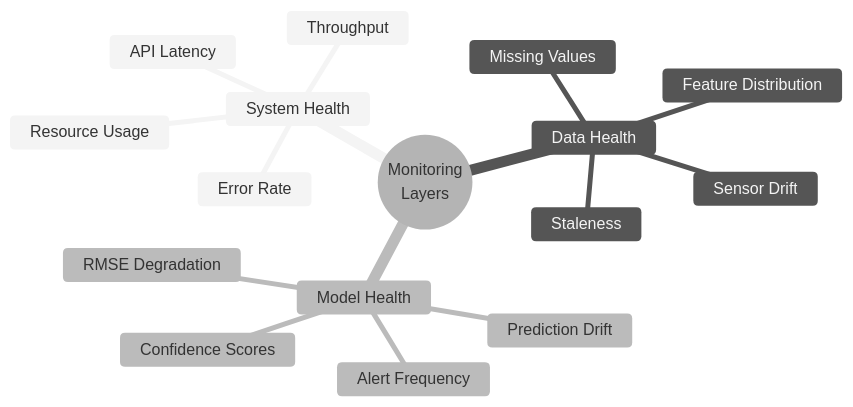
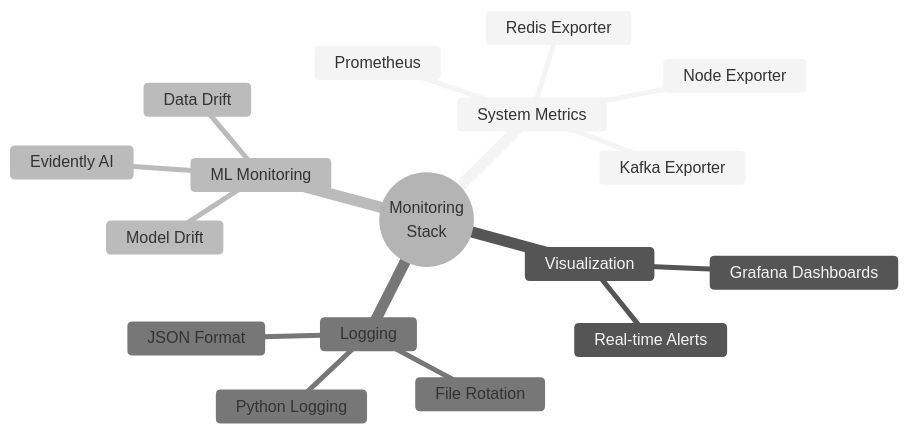
The diagram in docs/07_monitoring.md (nasim-raj-laskar/Real-Time-Aircraft-Engine-Predictive-Maintenance-System), drawn with Mermaid (neutral theme) before and after one commit. The commit also changed other lines of this file and 6 other files, not shown here.

````diff
--- a/docs/07_monitoring.md
+++ b/docs/07_monitoring.md
@@ -10,19 +12,20 @@
 ```mermaid
 mindmap
-  root((Monitoring<br/>Layers))
-    System Health
-      API Latency
-      Throughput
-      Error Rate
-      Resource Usage
-    Data Health
-      Sensor Drift
-      Feature Distribution
-      Missing Values
-      Staleness
-    Model Health
-      Prediction Drift
-      RMSE Degradation
-      Confidence Scores
-      Alert Frequency
+  root((Monitoring<br/>Stack))
+    System Metrics
+      Prometheus
+      Node Exporter
+      Kafka Exporter
+      Redis Exporter
+    Visualization
+      Grafana Dashboards
+      Real-time Alerts
+    ML Monitoring
+      Evidently AI
+      Data Drift
+      Model Drift
+    Logging
+      Python Logging
+      JSON Format
+      File Rotation
 ```
````
